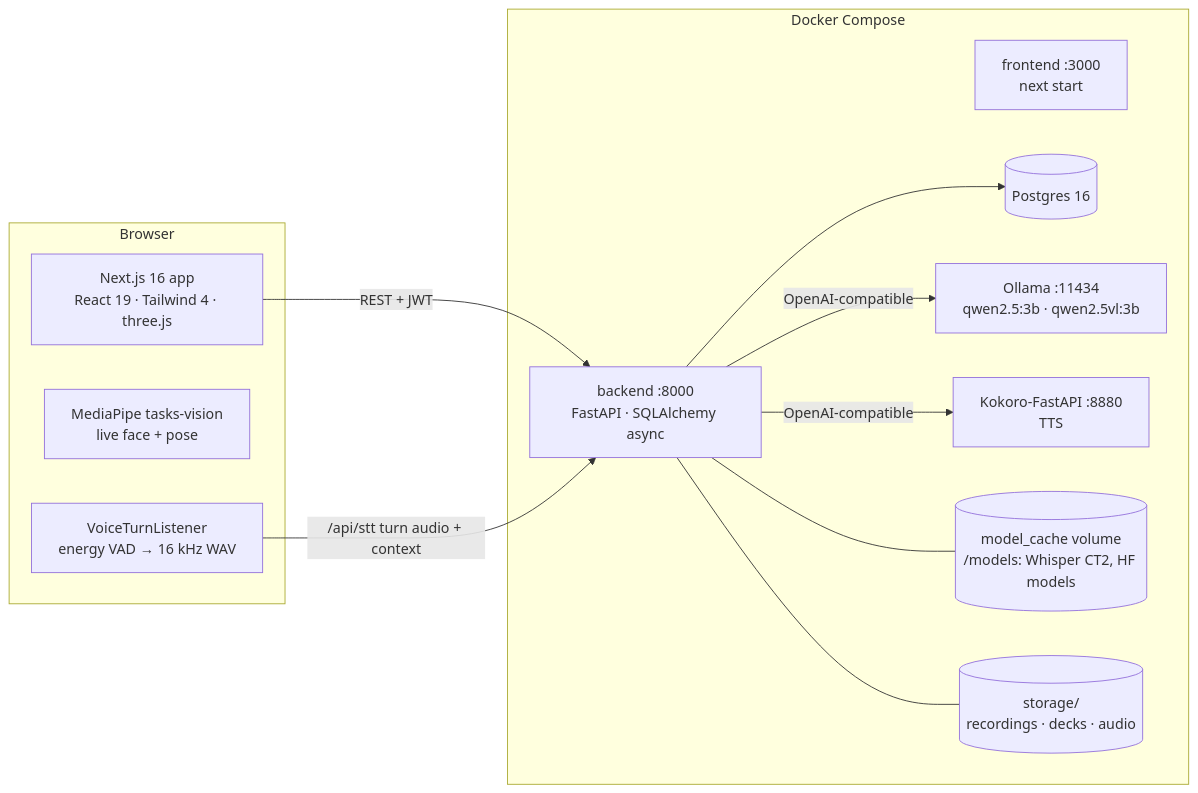
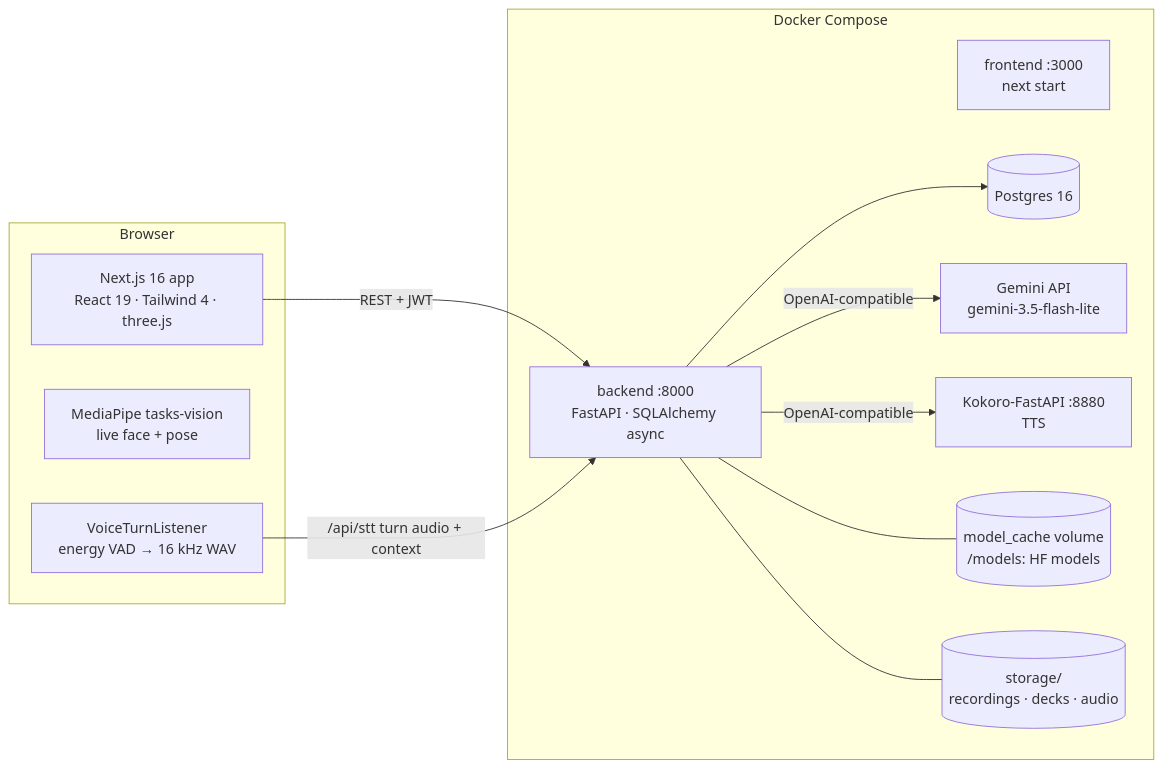
Before and after one commit to Porhao/SpeechMate: the diagram in docs/project/Architecture.md, drawn with Mermaid. The commit also changed other lines of this file and 16 other files, not shown here.

````diff
--- a/docs/project/Architecture.md
+++ b/docs/project/Architecture.md
@@ -5,24 +5,24 @@
 ```mermaid
 flowchart LR
   subgraph Browser
     UI[Next.js 16 app<br/>React 19 · Tailwind 4 · three.js]
     MP[MediaPipe tasks-vision<br/>live face + pose]
     VAD[VoiceTurnListener<br/>energy VAD → 16 kHz WAV]
   end
   subgraph Docker Compose
     FE[frontend :3000<br/>next start]
     API[backend :8000<br/>FastAPI · SQLAlchemy async]
     DB[(Postgres 16)]
-    OL[Ollama :11434<br/>qwen2.5:3b · qwen2.5vl:3b]
+    OL[Gemini API<br/>gemini-3.5-flash-lite]
     KO[Kokoro-FastAPI :8880<br/>TTS]
-    VOL[(model_cache volume<br/>/models: Whisper CT2, HF models)]
+    VOL[(model_cache volume<br/>/models: HF models)]
     ST[(storage/<br/>recordings · decks · audio)]
   end
   UI -- REST + JWT --> API
   VAD -- /api/stt turn audio + context --> API
   API --> DB
   API -- OpenAI-compatible --> OL
   API -- OpenAI-compatible --> KO
   API --- VOL
   API --- ST
 ```
````
